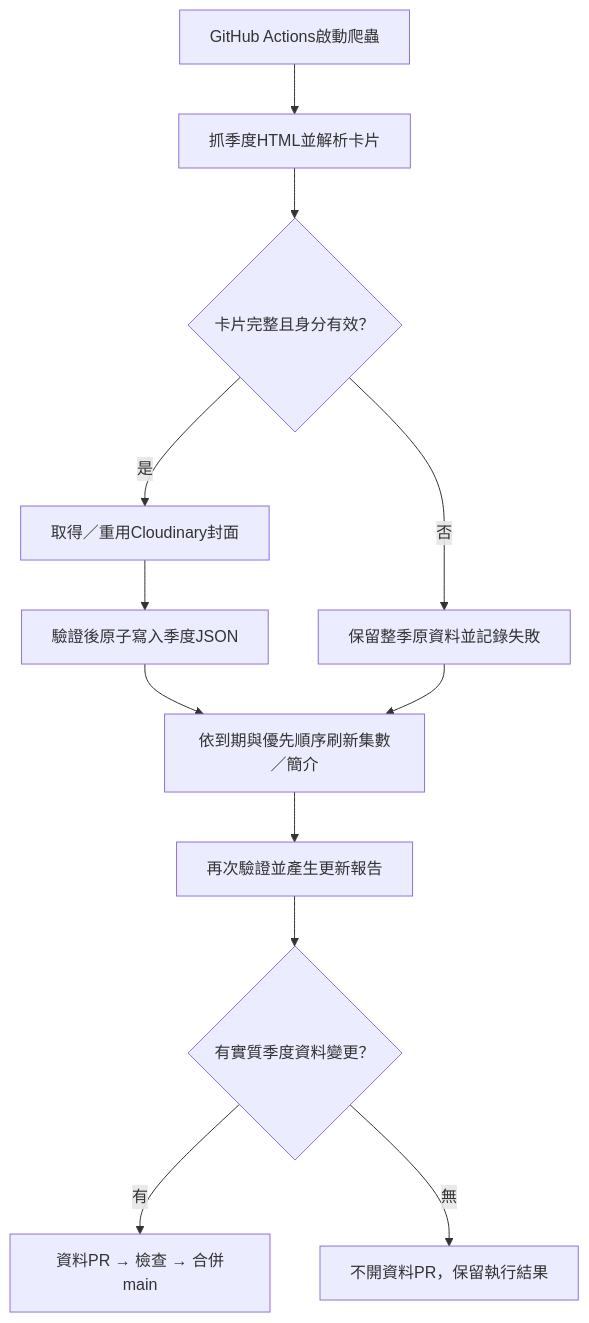
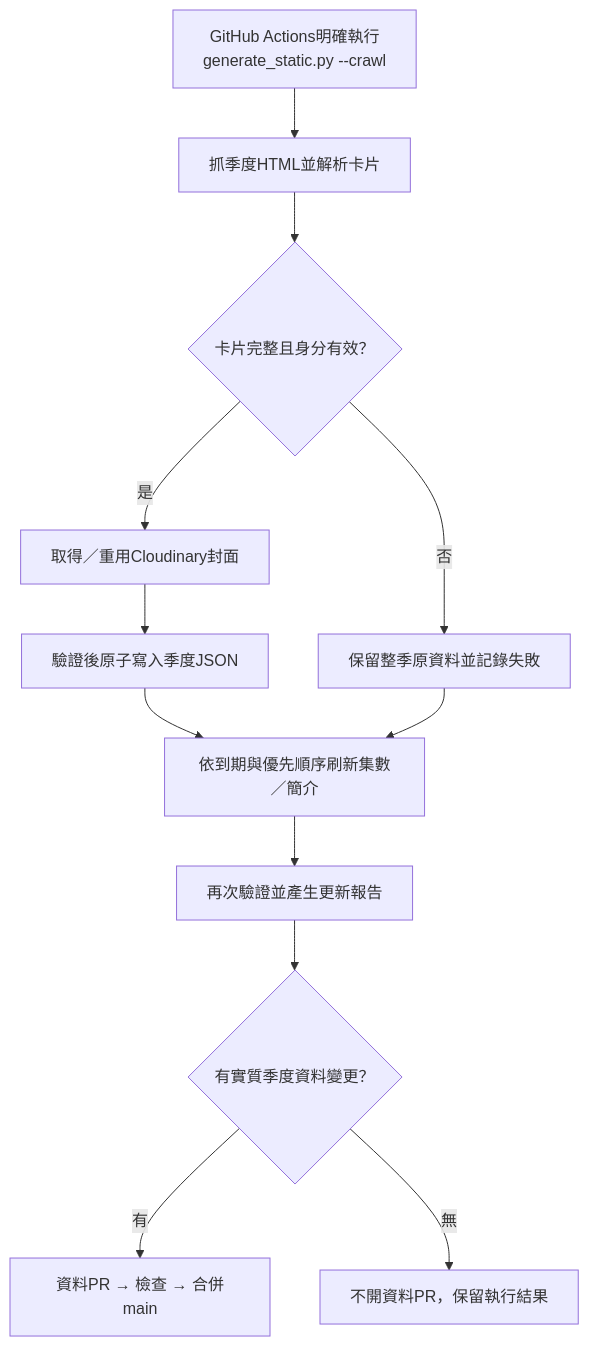
The second of 3 diagrams in docs/架構與資料流.md (0961282056/anime-static-crawler), drawn with Mermaid before and after one commit. The commit also changed other lines of this file and 18 other files, not shown here.

````diff
--- a/docs/架構與資料流.md
+++ b/docs/架構與資料流.md
@@ -41,14 +41,14 @@
 ```mermaid
 flowchart TD
-    A["GitHub Actions啟動爬蟲"] --> B["抓季度HTML並解析卡片"]
+    A["GitHub Actions明確執行<br/>generate_static.py --crawl"] --> B["抓季度HTML並解析卡片"]
     B --> C{"卡片完整且身分有效？"}
     C -- 否 --> K["保留整季原資料並記錄失敗"]
     C -- 是 --> D["取得／重用Cloudinary封面"]
     D --> E["驗證後原子寫入季度JSON"]
     E --> F["依到期與優先順序刷新集數／簡介"]
     K --> F
     F --> H["再次驗證並產生更新報告"]
     H --> J{"有實質季度資料變更？"}
     J -- 有 --> P["資料PR → 檢查 → 合併main"]
     J -- 無 --> N["不開資料PR，保留執行結果"]
 ```
````
